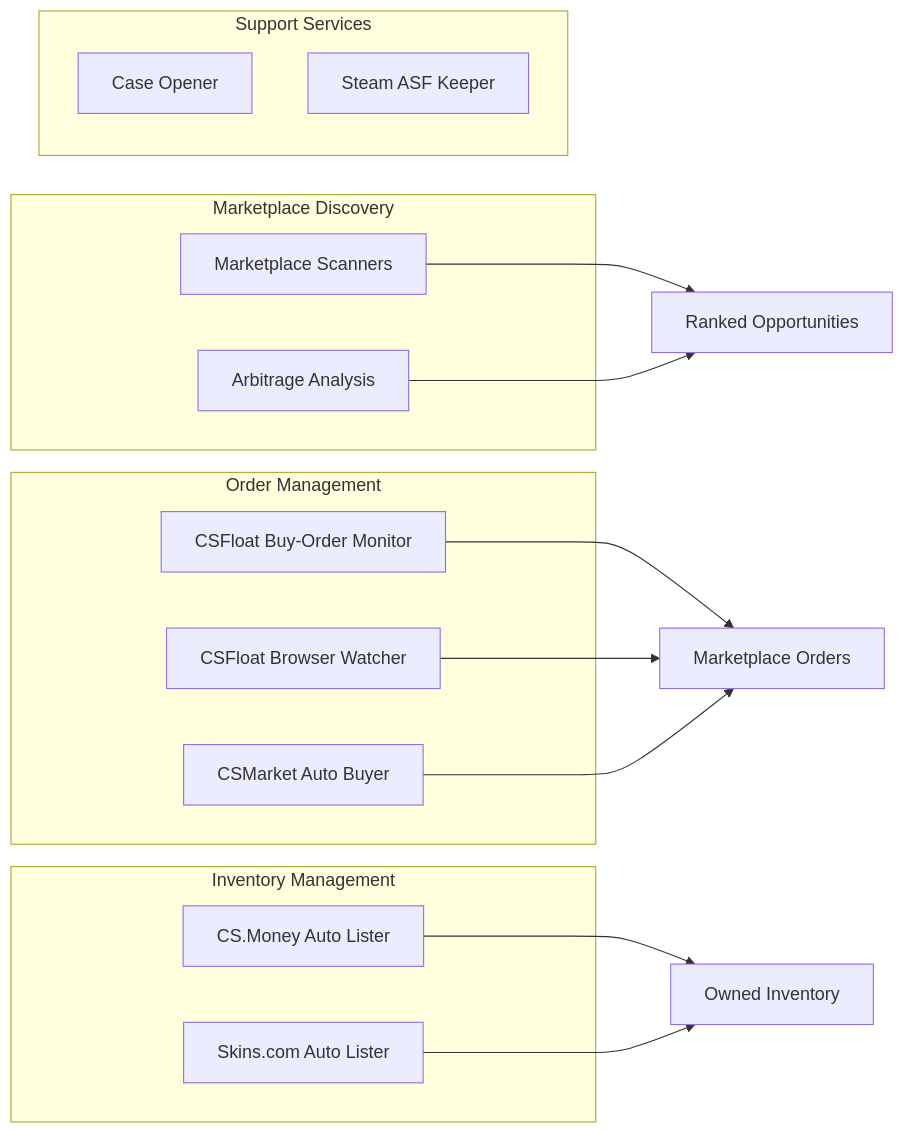
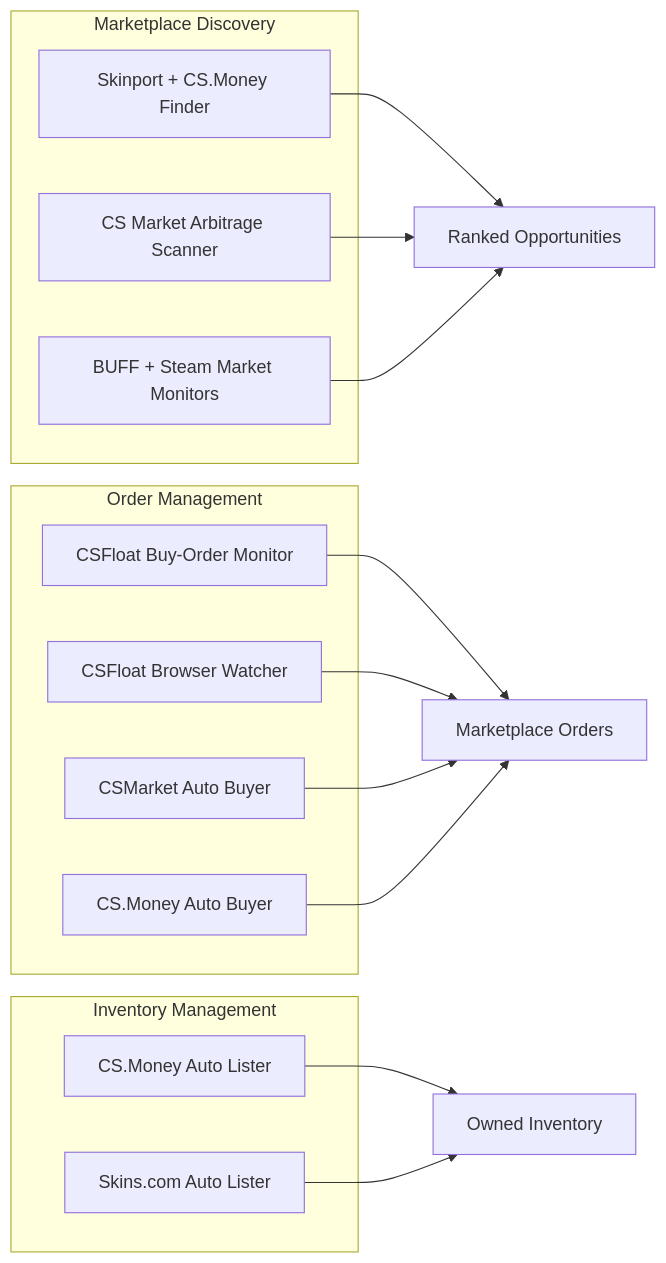
Before and after one commit to ChardXBT/CS2-Marketplace-Trading-System: the first of 2 diagrams in README.md, drawn with Mermaid. The commit also changed other lines of this file, not shown here.

````diff
--- a/README.md
+++ b/README.md
@@ -7,28 +7,28 @@
 ```mermaid
 flowchart LR
     subgraph "Marketplace Discovery"
-        A["Marketplace Scanners"]
-        B["Arbitrage Analysis"]
+        A["Skinport + CS.Money Finder"]
+        B["CS Market Arbitrage Scanner"]
+        C["BUFF + Steam Market Monitors"]
     end
     subgraph "Order Management"
-        C["CSFloat Buy-Order Monitor"]
-        D["CSFloat Browser Watcher"]
-        E["CSMarket Auto Buyer"]
+        D["CSFloat Buy-Order Monitor"]
+        E["CSFloat Browser Watcher"]
+        F["CSMarket Auto Buyer"]
+        G["CS.Money Auto Buyer"]
     end
     subgraph "Inventory Management"
-        F["CS.Money Auto Lister"]
-        G["Skins.com Auto Lister"]
-    end
-    subgraph "Support Services"
-        H["Case Opener"]
-        I["Steam ASF Keeper"]
+        H["CS.Money Auto Lister"]
+        I["Skins.com Auto Lister"]
     end
 
-    C --> J["Marketplace Orders"]
-    D --> J
+    D --> J["Marketplace Orders"]
     E --> J
-    F --> K["Owned Inventory"]
-    G --> K
+    F --> J
+    G --> J
+    H --> K["Owned Inventory"]
+    I --> K
     A --> L["Ranked Opportunities"]
     B --> L
+    C --> L
 ```
````
